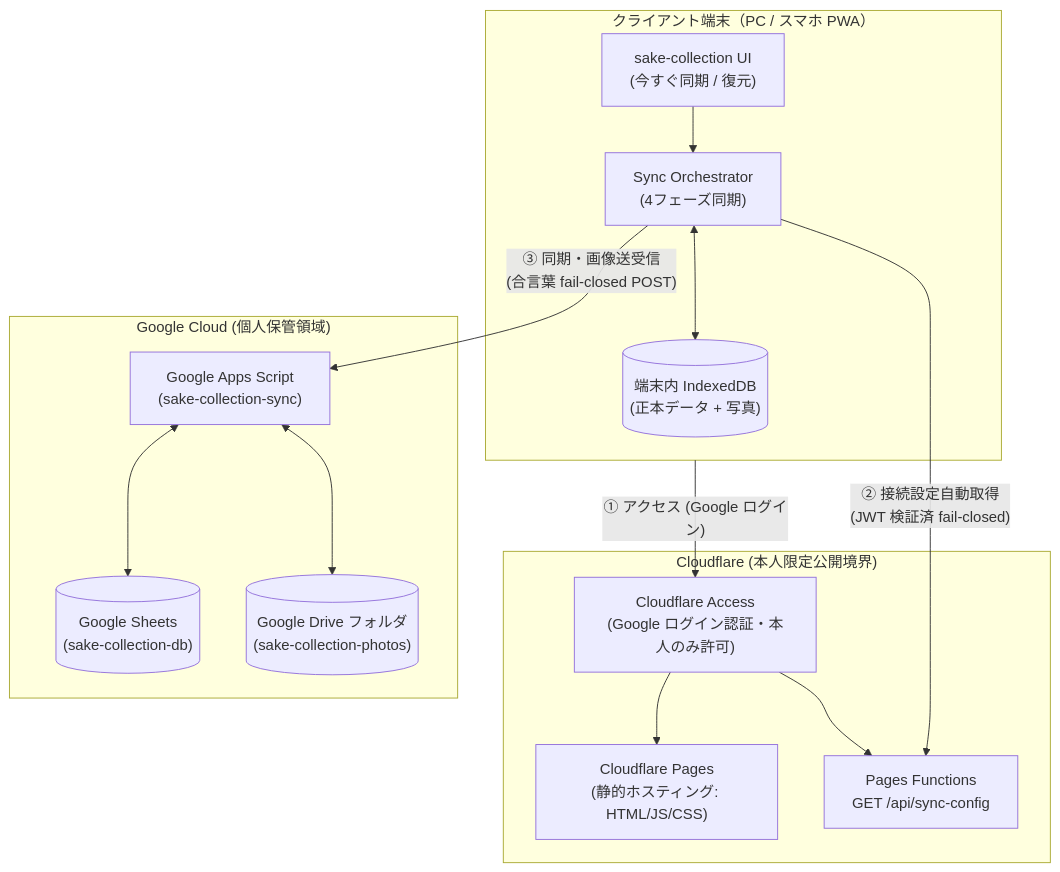
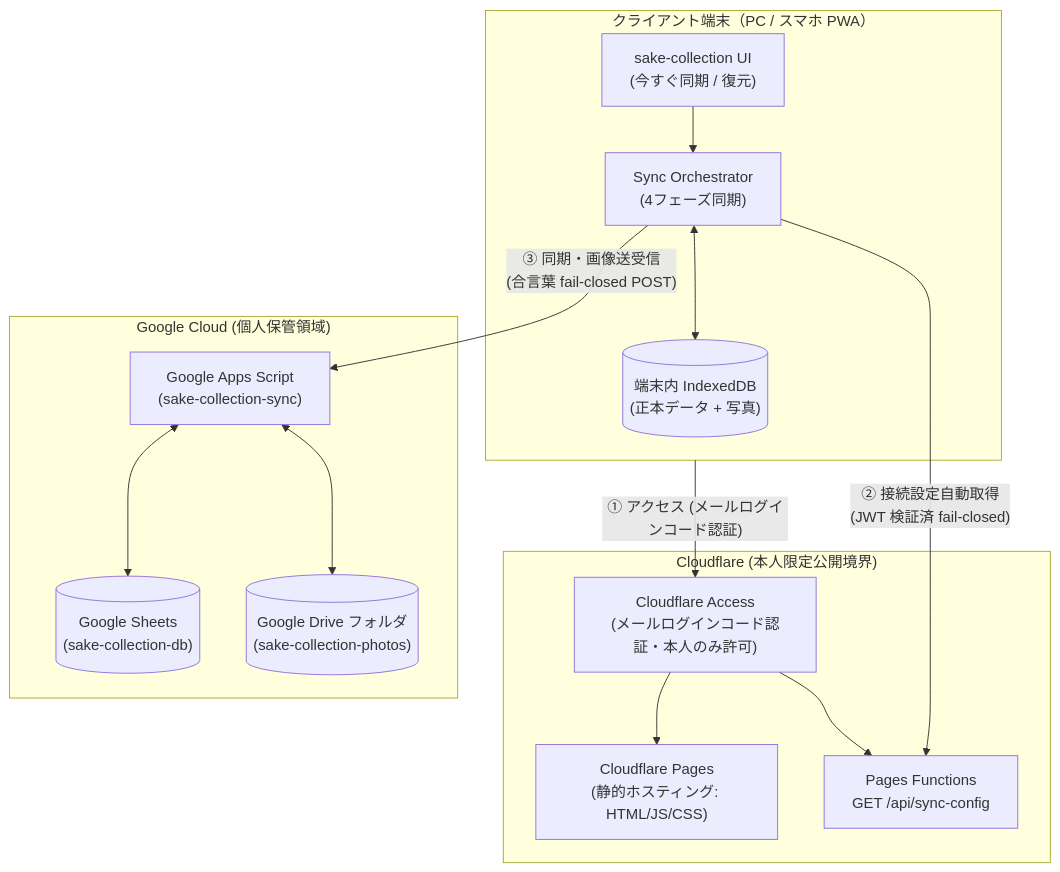
One commit to tahosook/sake-collection changed the diagram in docs/step4-operations.md. Above: the diagram before and after it, drawn with Mermaid. The commit also changed other lines of this file and 1 other file, not shown here.

````diff
--- a/docs/step4-operations.md
+++ b/docs/step4-operations.md
@@ -43,30 +43,30 @@
 ```mermaid
 flowchart TD
     subgraph Client["クライアント端末（PC / スマホ PWA）"]
         IDB[("端末内 IndexedDB\n(正本データ + 写真)")]
         UI["sake-collection UI\n(今すぐ同期 / 復元)"]
         SyncClient["Sync Orchestrator\n(4フェーズ同期)"]
         UI --> SyncClient
         SyncClient <--> IDB
     end
 
     subgraph CF["Cloudflare (本人限定公開境界)"]
         Pages["Cloudflare Pages\n(静的ホスティング: HTML/JS/CSS)"]
-        Access["Cloudflare Access\n(Google ログイン認証・本人のみ許可)"]
+        Access["Cloudflare Access\n(メールログインコード認証・本人のみ許可)"]
         Func["Pages Functions\nGET /api/sync-config"]
         Access --> Pages
         Access --> Func
     end
 
     subgraph Google["Google Cloud (個人保管領域)"]
         GAS["Google Apps Script\n(sake-collection-sync)"]
         Sheet[("Google Sheets\n(sake-collection-db)")]
         Drive[("Google Drive フォルダ\n(sake-collection-photos)")]
         GAS <--> Sheet
         GAS <--> Drive
     end
 
-    Client -- "① アクセス (Google ログイン)" --> Access
+    Client -- "① アクセス (メールログインコード認証)" --> Access
     SyncClient -- "② 接続設定自動取得\n(JWT 検証済 fail-closed)" --> Func
     SyncClient -- "③ 同期・画像送受信\n(合言葉 fail-closed POST)" --> GAS
 ```
````
